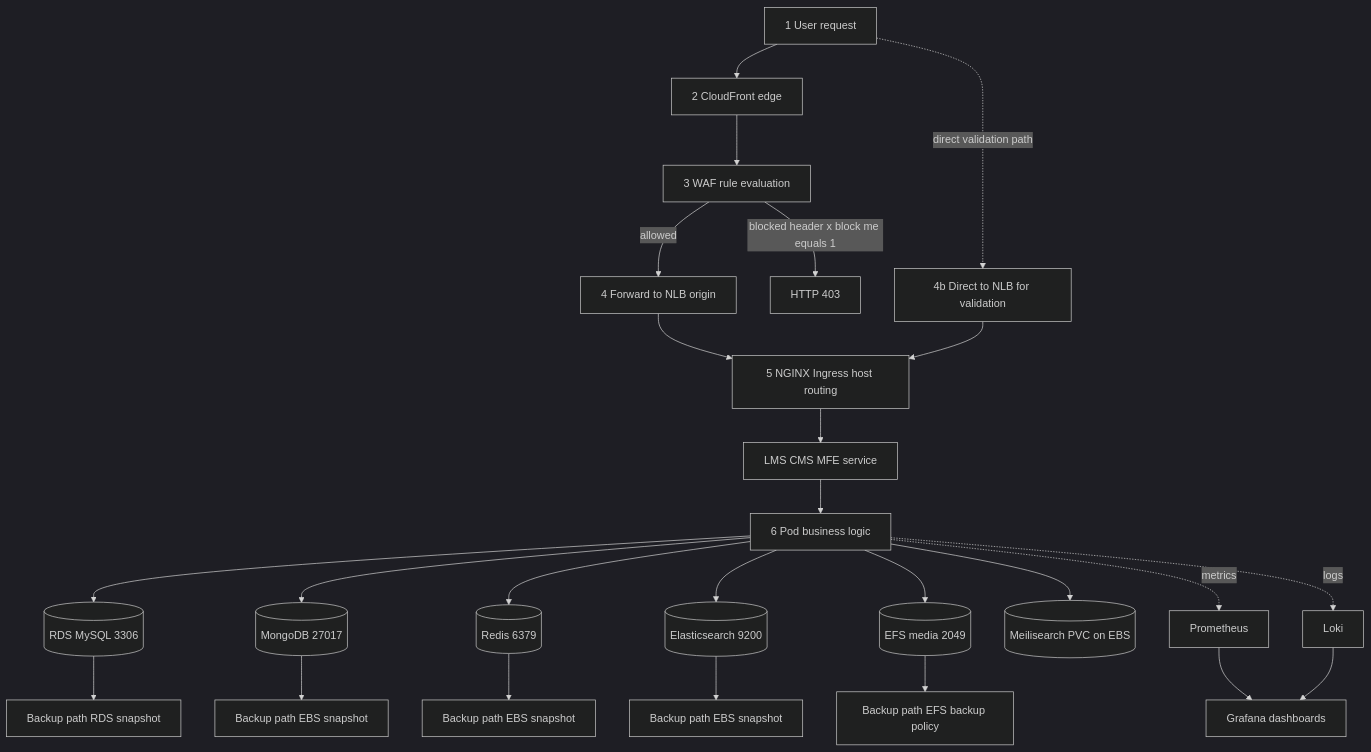
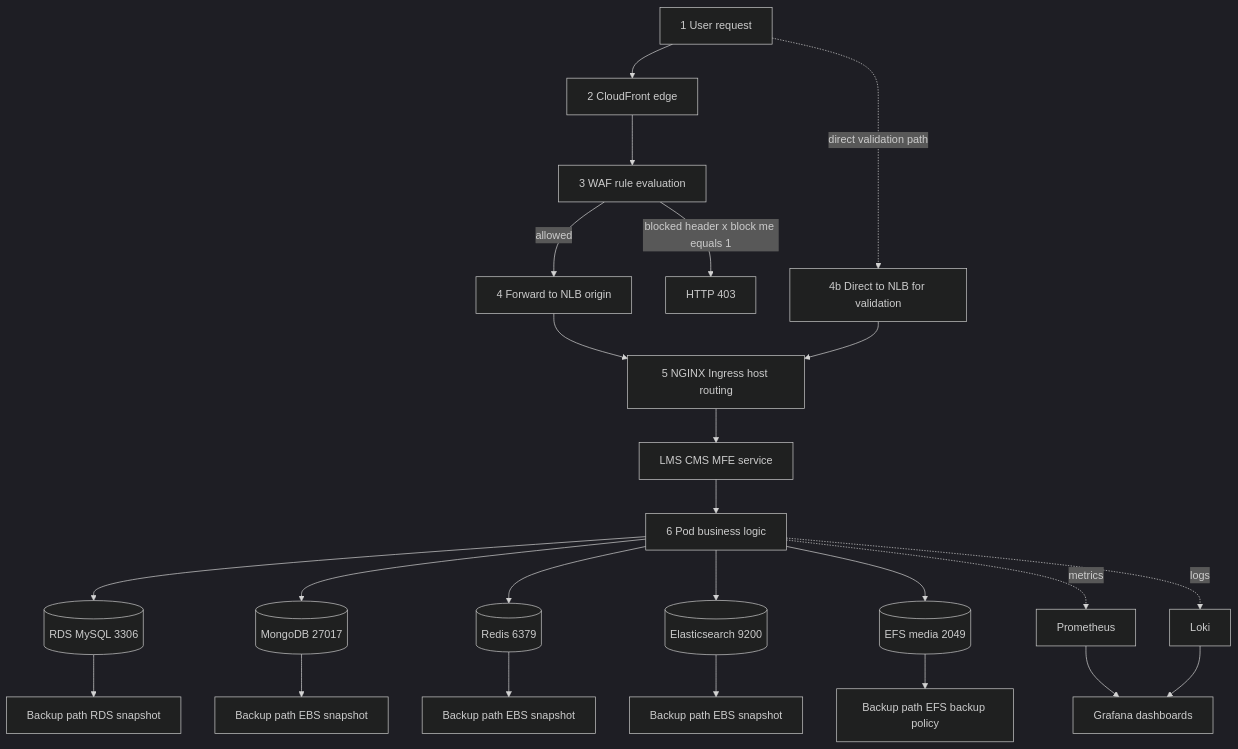
Before and after one commit to AL-Cybision/OpenEdX-K8s-Assessment-AWS-EKS: the second of 2 diagrams in docs/architecture.md, drawn with Mermaid (dark theme). The commit also changed other lines of this file and 20 other files, not shown here.

````diff
--- a/docs/architecture.md
+++ b/docs/architecture.md
@@ -206,31 +202,30 @@
 ```mermaid
 flowchart TD
   A1["1 User request"] --> A2["2 CloudFront edge"]
   A2 --> A3["3 WAF rule evaluation"]
   A3 -->|allowed| A4["4 Forward to NLB origin"]
   A3 -->|blocked header x block me equals 1| A403["HTTP 403"]
   A1 -. direct validation path .-> A4B["4b Direct to NLB for validation"]
 
   A4 --> A5["5 NGINX Ingress host routing"]
   A4B --> A5
   A5 --> A6["LMS CMS MFE service"]
   A6 --> A7["6 Pod business logic"]
 
   A7 --> D1[("RDS MySQL 3306")]
   A7 --> D2[("MongoDB 27017")]
   A7 --> D3[("Redis 6379")]
   A7 --> D4[("Elasticsearch 9200")]
   A7 --> D5[("EFS media 2049")]
-  A7 --> D6[("Meilisearch PVC on EBS")]
 
   A7 -. metrics .-> O1["Prometheus"]
   A7 -. logs .-> O2["Loki"]
   O1 --> O3["Grafana dashboards"]
   O2 --> O3
 
   D1 --> B1["Backup path RDS snapshot"]
   D2 --> B2["Backup path EBS snapshot"]
   D3 --> B3["Backup path EBS snapshot"]
   D4 --> B4["Backup path EBS snapshot"]
   D5 --> B5["Backup path EFS backup policy"]
 ```
````
